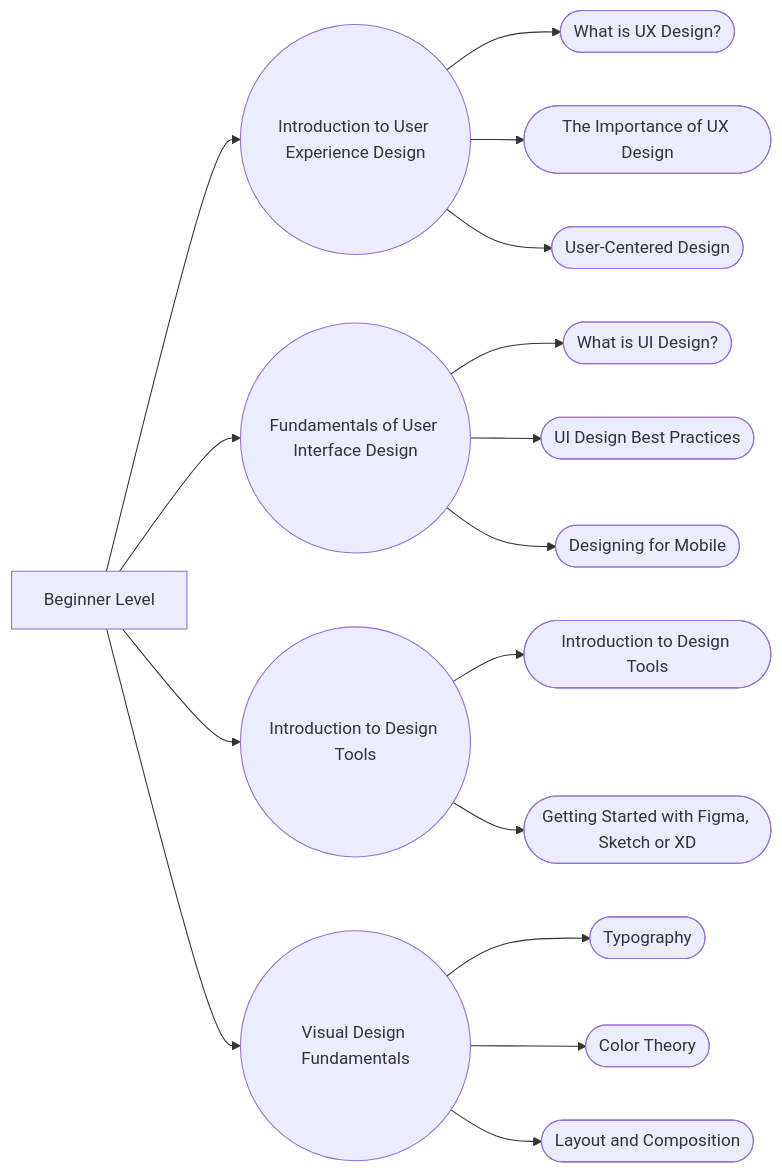
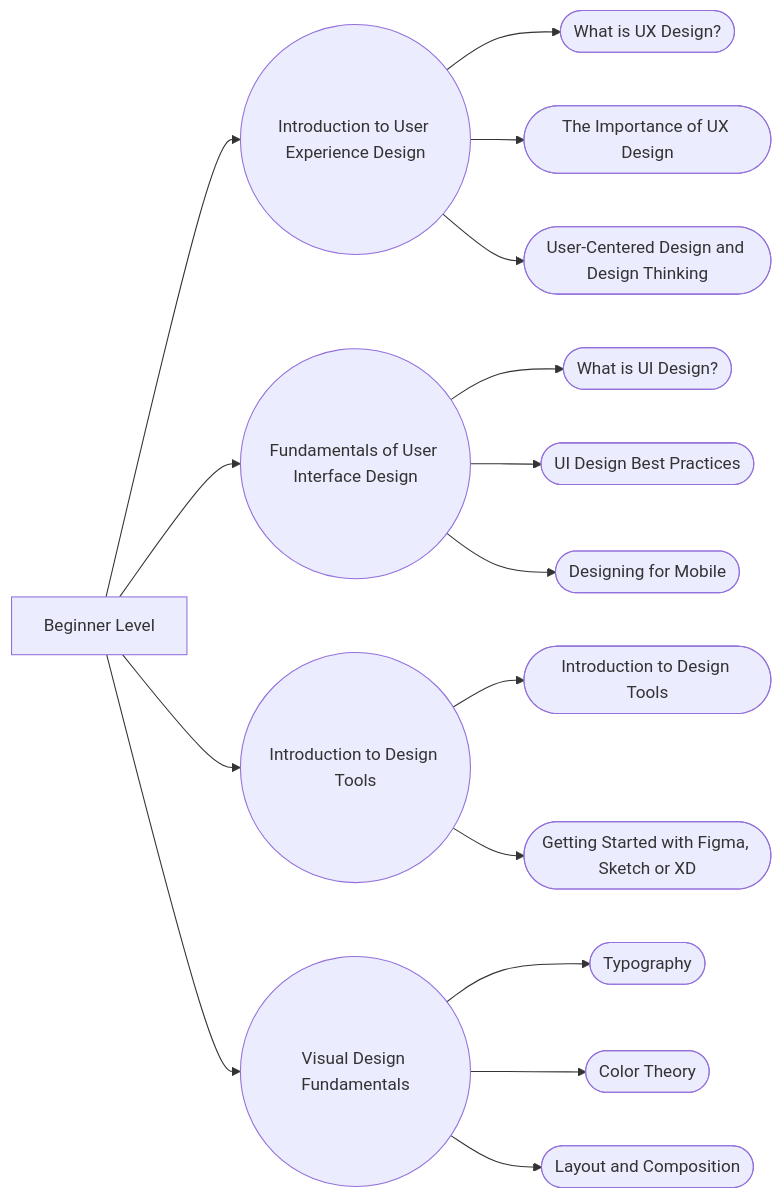
Before and after one commit to hendurhance/ui-ux: the diagram in README.md, drawn with Mermaid. The commit also changed other lines of this file and 2 other files, not shown here.

````diff
--- a/README.md
+++ b/README.md
@@ -72,23 +72,23 @@
 ``` mermaid
 graph LR
 
 A[Beginner Level] --> B((Introduction to User Experience Design))
 A --> C((Fundamentals of User Interface Design))
 A --> D((Introduction to Design Tools))
 A --> E((Visual Design Fundamentals))
 
 B --> F([What is UX Design?])
 B --> G([The Importance of UX Design])
-B --> H([User-Centered Design])
+B --> H([User-Centered Design and Design Thinking])
 
 C --> I([What is UI Design?])
 C --> J([UI Design Best Practices])
 C --> K([Designing for Mobile])
 
 D --> L([Introduction to Design Tools])
 D --> M([Getting Started with Figma, Sketch or XD])
 
 E --> N([Typography])
 E --> O([Color Theory])
 E --> P([Layout and Composition])
 ```
````
